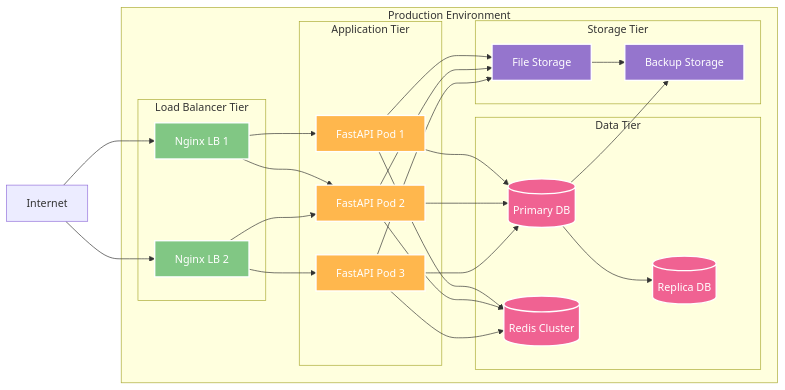
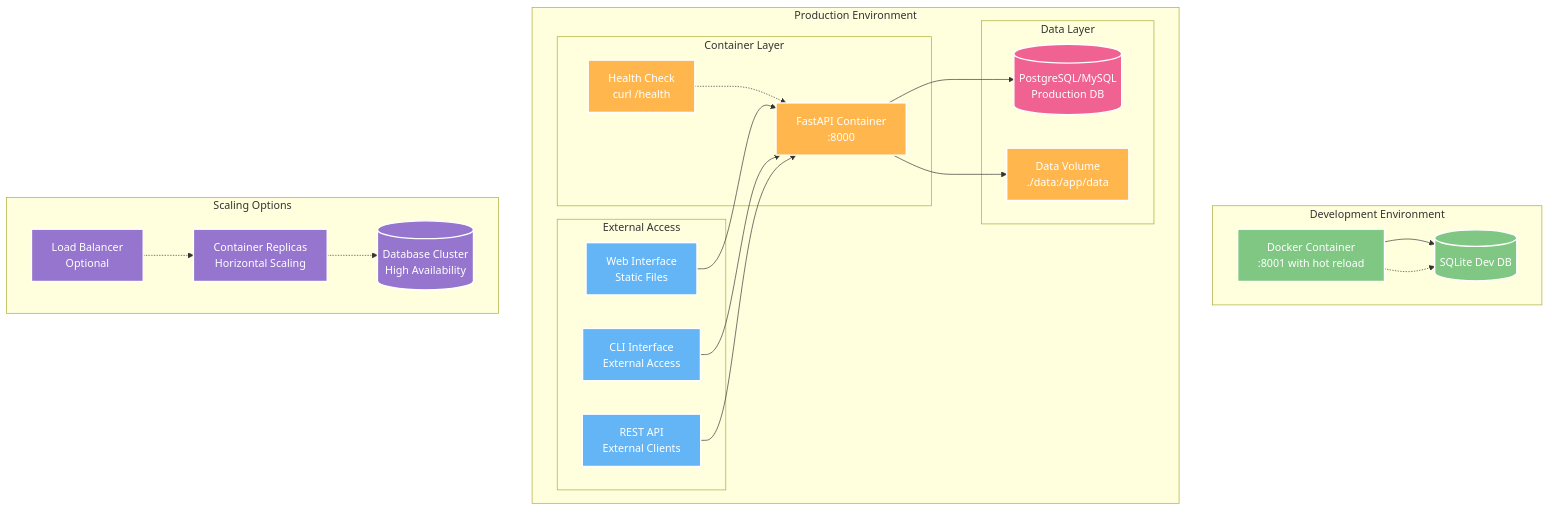
Before and after one commit to sylvester-francis/Resource-Reserver: the third of 4 diagrams in architecture.md, drawn with Mermaid. The commit also changed other lines of this file and 1 other file, not shown here.

````diff
--- a/architecture.md
+++ b/architecture.md
@@ -186,61 +158,61 @@
 ```mermaid
-graph LR
+graph TB
+    subgraph "Development Environment"
+        DEV[Docker Container<br/>:8001 with hot reload]
+        DEVDB[(SQLite Dev DB)]
+        DEV --> DEVDB
+    end
+    
     subgraph "Production Environment"
-        subgraph "Load Balancer Tier"
-            LB1[Nginx LB 1]
-            LB2[Nginx LB 2]
+        subgraph "Container Layer"
+            DOCKER[FastAPI Container<br/>:8000]
+            HEALTH[Health Check<br/>curl /health]
         end
         
-        subgraph "Application Tier"
-            APP1[FastAPI Pod 1]
-            APP2[FastAPI Pod 2]
-            APP3[FastAPI Pod 3]
+        subgraph "Data Layer"
+            PRODDB[(PostgreSQL/MySQL<br/>Production DB)]
+            VOLUME[Data Volume<br/>./data:/app/data]
         end
         
-        subgraph "Data Tier"
-            DB1[(Primary DB)]
-            DB2[(Replica DB)]
-            REDIS[(Redis Cluster)]
-        end
-        
-        subgraph "Storage Tier"
-            S3[File Storage]
-            BACKUP[Backup Storage]
+        subgraph "External Access"
+            WEB[Web Interface<br/>Static Files]
+            CLI[CLI Interface<br/>External Access]
+            REST[REST API<br/>External Clients]
         end
     end
     
-    Internet --> LB1
-    Internet --> LB2
+    subgraph "Scaling Options"
+        LB[Load Balancer<br/>Optional]
+        REPLICA[Container Replicas<br/>Horizontal Scaling]
+        DBCLUSTER[(Database Cluster<br/>High Availability)]
+    end
     
-    LB1 --> APP1
-    LB1 --> APP2
-    LB2 --> APP2
-    LB2 --> APP3
+    %% Development connections
+    DEV -.-> DEVDB
     
-    APP1 --> DB1
-    APP2 --> DB1
-    APP3 --> DB1
+    %% Production connections
+    DOCKER --> PRODDB
+    DOCKER --> VOLUME
+    HEALTH -.-> DOCKER
     
-    DB1 --> DB2
+    WEB --> DOCKER
+    CLI --> DOCKER
+    REST --> DOCKER
     
-    APP1 --> REDIS
-    APP2 --> REDIS
-    APP3 --> REDIS
+    %% Scaling connections (optional)
+    LB -.-> REPLICA
+    REPLICA -.-> DBCLUSTER
     
-    APP1 --> S3
-    APP2 --> S3
-    APP3 --> S3
+    %% Styling
+    classDef devClass fill:#81C784,stroke:#fff,stroke-width:2px,color:#fff
+    classDef prodClass fill:#FFB74D,stroke:#fff,stroke-width:2px,color:#fff
+    classDef dataClass fill:#F06292,stroke:#fff,stroke-width:2px,color:#fff
+    classDef scaleClass fill:#9575CD,stroke:#fff,stroke-width:2px,color:#fff
+    classDef clientClass fill:#64B5F6,stroke:#fff,stroke-width:2px,color:#fff
     
-    DB1 --> BACKUP
-    S3 --> BACKUP
-    
-    classDef lbClass fill:#81C784,stroke:#fff,stroke-width:2px,color:#fff
-    classDef appClass fill:#FFB74D,stroke:#fff,stroke-width:2px,color:#fff
-    classDef dataClass fill:#F06292,stroke:#fff,stroke-width:2px,color:#fff
-    classDef storageClass fill:#9575CD,stroke:#fff,stroke-width:2px,color:#fff
-    
-    class LB1,LB2 lbClass
-    class APP1,APP2,APP3 appClass
-    class DB1,DB2,REDIS dataClass
-    class S3,BACKUP storageClass
+    class DEV,DEVDB devClass
+    class DOCKER,HEALTH,VOLUME prodClass
+    class PRODDB dataClass
+    class LB,REPLICA,DBCLUSTER scaleClass
+    class WEB,CLI,REST clientClass
 ```
````
